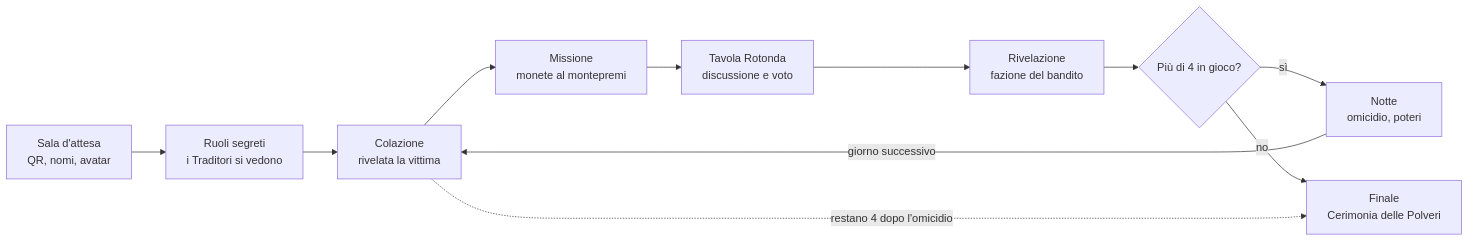
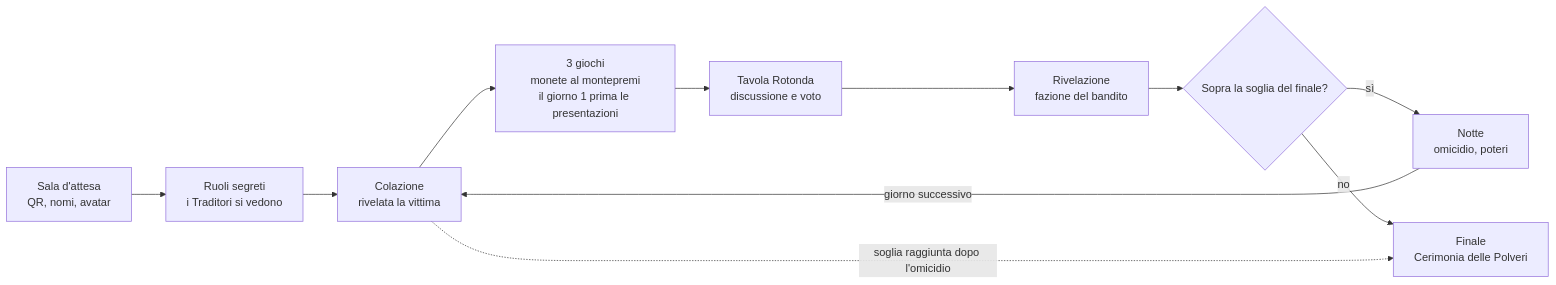
The second of 2 diagrams in docs/PROGETTO.md (pieromancusoam-bit/castello-traditori), drawn with Mermaid before and after one commit. The commit also changed other lines of this file and 1 other file, not shown here.

````diff
--- a/docs/PROGETTO.md
+++ b/docs/PROGETTO.md
@@ -100,13 +102,13 @@
 ```mermaid
 flowchart LR
     A[Sala d'attesa<br/>QR, nomi, avatar] --> B[Ruoli segreti<br/>i Traditori si vedono]
     B --> C[Colazione<br/>rivelata la vittima]
-    C --> D[Missione<br/>monete al montepremi]
+    C --> D[3 giochi<br/>monete al montepremi<br/>il giorno 1 prima le presentazioni]
     D --> E[Tavola Rotonda<br/>discussione e voto]
     E --> R[Rivelazione<br/>fazione del bandito]
-    R --> F{Più di 4 in gioco?}
+    R --> F{Sopra la soglia del finale?}
     F -- sì --> G[Notte<br/>omicidio, poteri]
     G -- giorno successivo --> C
     F -- no --> H[Finale<br/>Cerimonia delle Polveri]
-    C -. restano 4 dopo l'omicidio .-> H
+    C -. soglia raggiunta dopo l'omicidio .-> H
 ```
````
